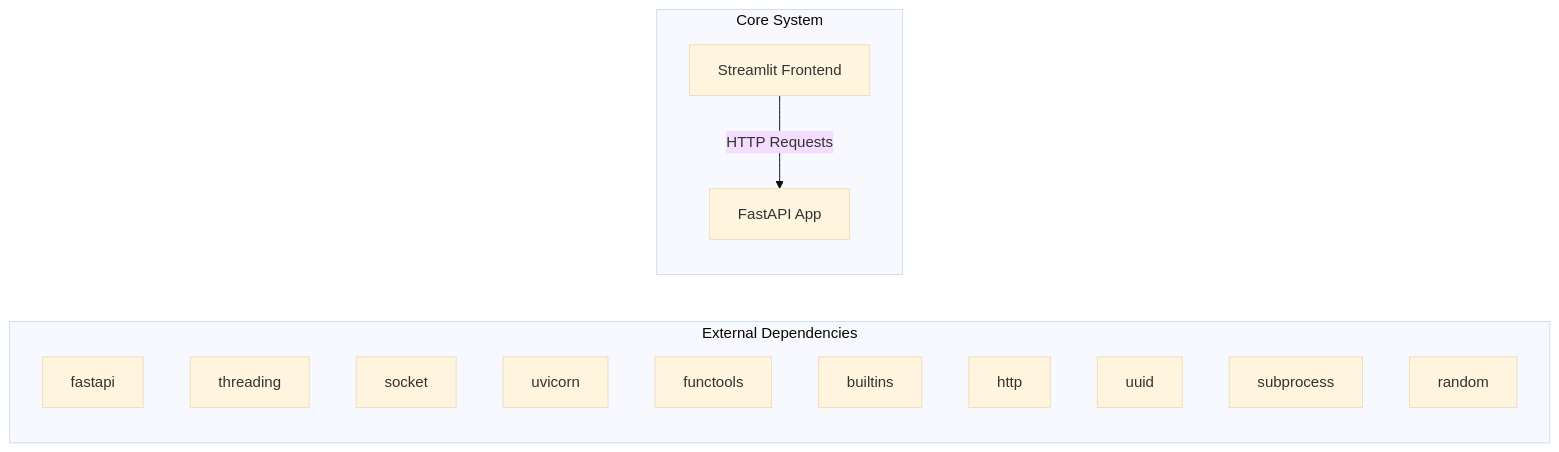
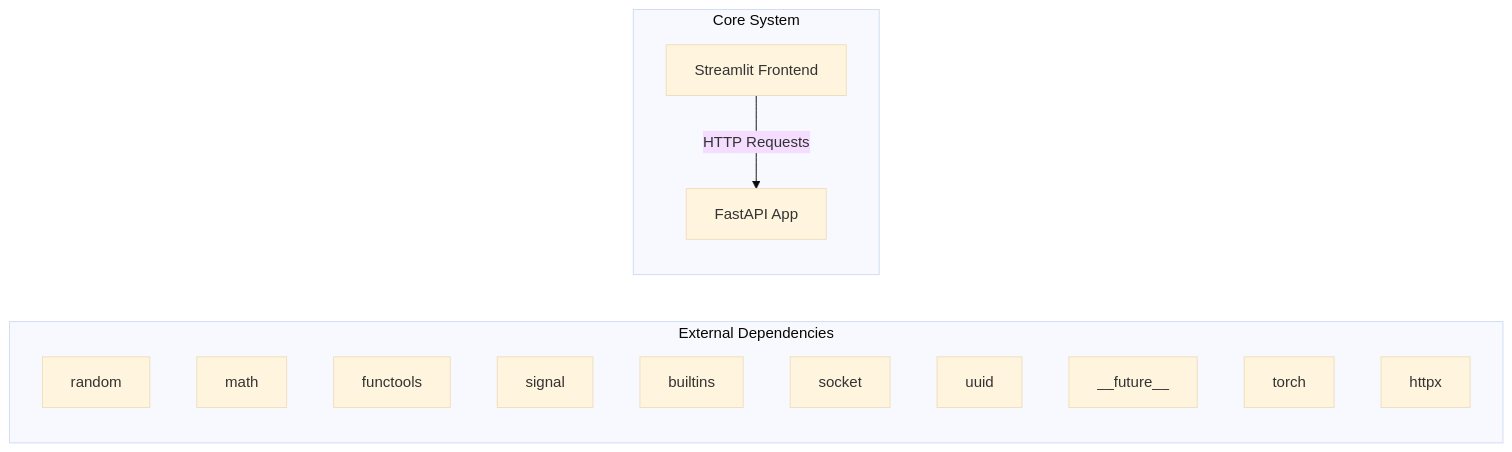
One commit to NITISH-R-G/rag-context-optimizer changed the first of 2 diagrams in docs/architecture.md. Above: the diagram before and after it, drawn with Mermaid (base theme). The commit also changed 1 other file, not shown here.

Commit message:
docs: auto-update repository knowledge, architecture diagrams, and documentation

````diff
--- a/docs/architecture.md
+++ b/docs/architecture.md
@@ -7,20 +7,20 @@
 ```mermaid
 graph LR
     subgraph External Dependencies
-        E0["fastapi"]
-        E1["threading"]
-        E2["socket"]
-        E3["uvicorn"]
-        E4["functools"]
-        E5["builtins"]
-        E6["http"]
-        E7["uuid"]
-        E8["subprocess"]
-        E9["random"]
+        E0["random"]
+        E1["math"]
+        E2["functools"]
+        E3["signal"]
+        E4["builtins"]
+        E5["socket"]
+        E6["uuid"]
+        E7["__future__"]
+        E8["torch"]
+        E9["httpx"]
     end
     subgraph Core System
         API["FastAPI App"]
         UI["Streamlit Frontend"]
     end
     UI -->|HTTP Requests| API
 ```
````
